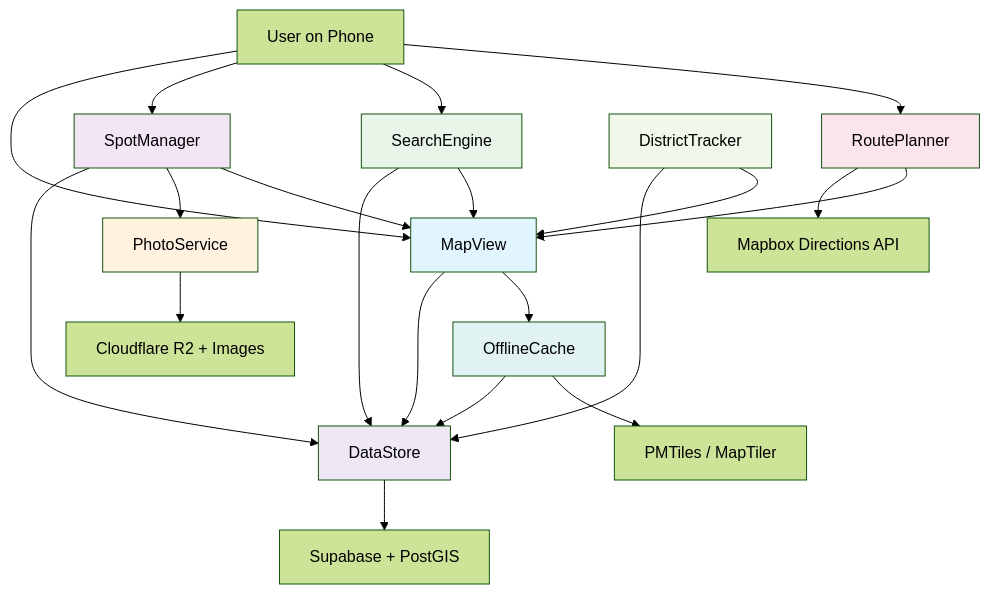
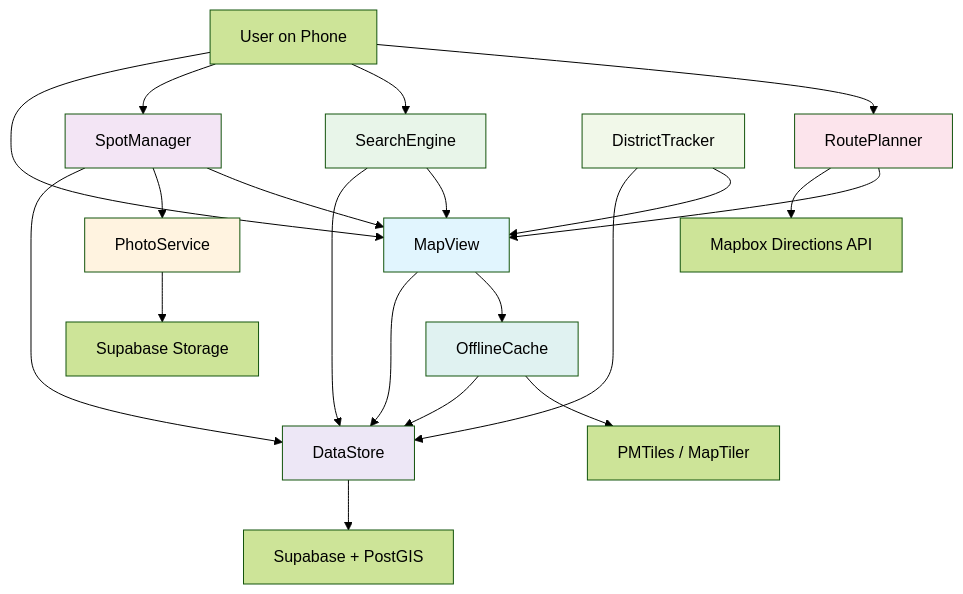
The diagram in docs/01-blueprint.md (evgeni4i4/sf-discovery), drawn with Mermaid (forest theme) before and after one commit. The commit also changed other lines of this file and 5 other files, not shown here.

First line of the commit message:
Switch from Cloudflare R2 to Supabase Storage

````diff
--- a/docs/01-blueprint.md
+++ b/docs/01-blueprint.md
@@ -44,39 +44,39 @@
 ```mermaid
 graph TD
     User[User on Phone] --> MapView
     User --> SpotManager
     User --> SearchEngine
     User --> RoutePlanner
 
     MapView --> DataStore
     MapView --> OfflineCache
 
     SpotManager --> DataStore
     SpotManager --> PhotoService
     SpotManager --> MapView
 
-    PhotoService --> CloudflareR2[Cloudflare R2 + Images]
+    PhotoService --> SupaStorage[Supabase Storage]
 
     SearchEngine --> DataStore
     SearchEngine --> MapView
 
     RoutePlanner --> MapboxAPI[Mapbox Directions API]
     RoutePlanner --> MapView
 
     DistrictTracker --> DataStore
     DistrictTracker --> MapView
 
     OfflineCache --> DataStore
     OfflineCache --> PMTiles[PMTiles / MapTiler]
 
     DataStore --> Supabase[Supabase + PostGIS]
 
     style MapView fill:#e1f5fe
     style SpotManager fill:#f3e5f5
     style PhotoService fill:#fff3e0
     style SearchEngine fill:#e8f5e9
     style RoutePlanner fill:#fce4ec
     style DistrictTracker fill:#f1f8e9
     style OfflineCache fill:#e0f2f1
     style DataStore fill:#ede7f6
 ```
````
